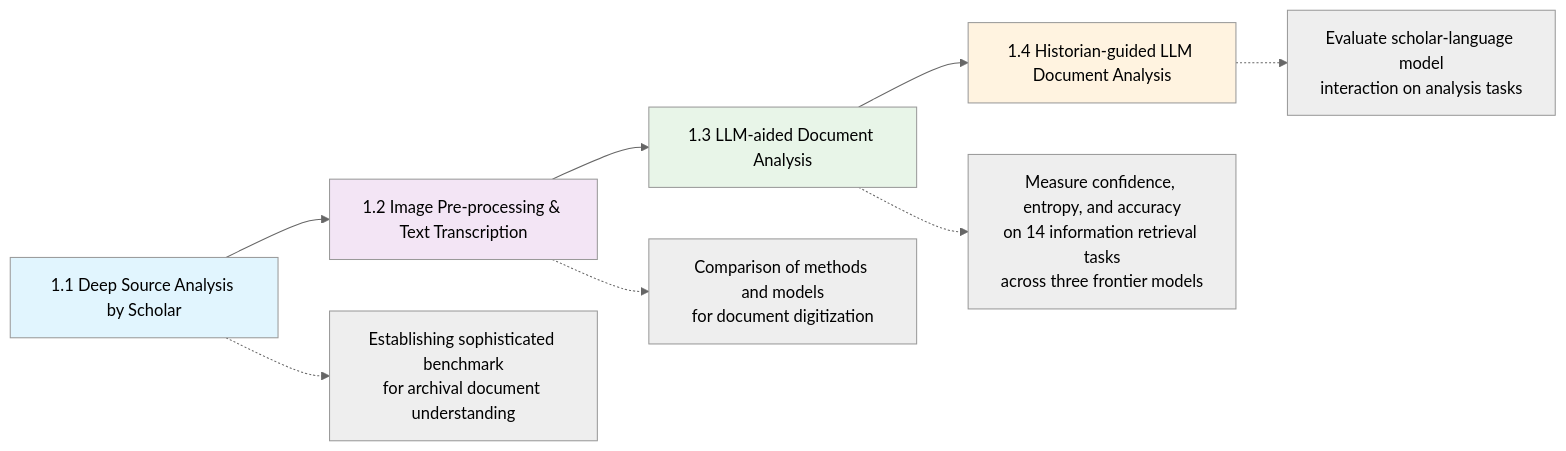
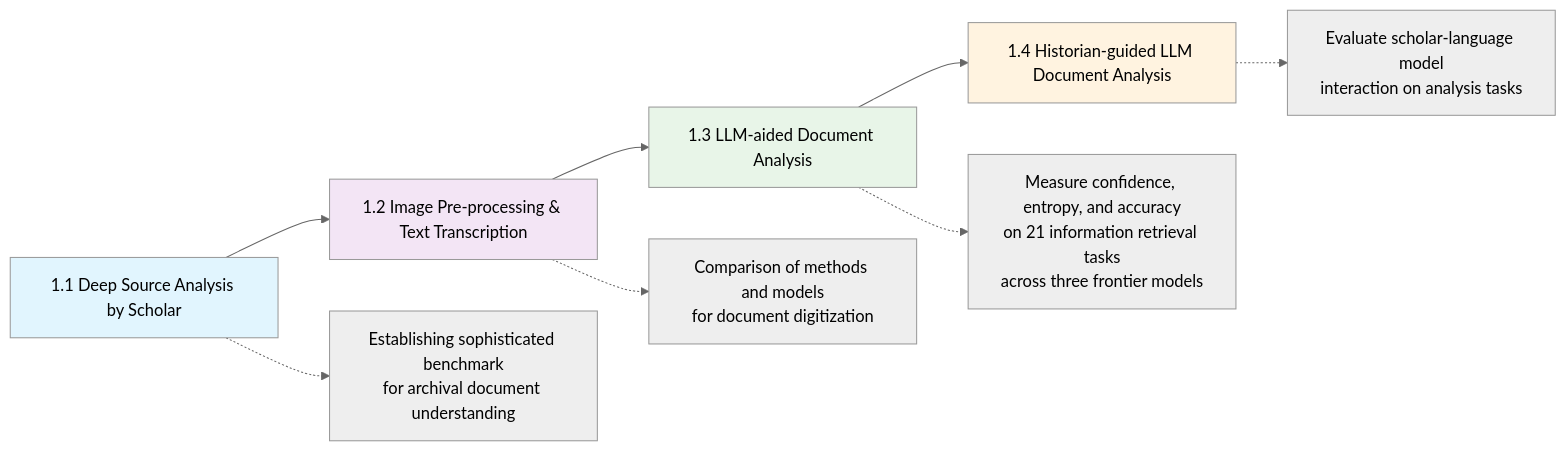
Before and after one commit to sets-architecture/sets-architecture.github.io: the diagram in index.md, drawn with Mermaid (neutral theme).

Commit message:
f14 to 21

```diff
--- a/index.md
+++ b/index.md
@@ -44,24 +44,24 @@
     <div class="mermaid">
     flowchart LR
       A[1.1 Deep Source Analysis by Scholar] --> B[1.2 Image Pre-processing & Text Transcription]
       B --> C[1.3 LLM-aided Document Analysis]
       C --> D[1.4 Historian-guided LLM Document Analysis]
    
 
       A1[Establishing sophisticated benchmark<br/>for archival document understanding]
       B1[Comparison of methods and models<br/>for document digitization]
-      C1[Measure confidence, entropy, and accuracy<br/>on 14 information retrieval tasks<br/>across three frontier models]
+      C1[Measure confidence, entropy, and accuracy<br/>on 21 information retrieval tasks<br/>across three frontier models]
       D1[Evaluate scholar-language model<br/>interaction on analysis tasks]
      
 
       A -.-> A1
       B -.-> B1
       C -.-> C1
       D -.-> D1
 
       style A fill:#e1f5fe
       style B fill:#f3e5f5
       style C fill:#e8f5e8
       style D fill:#fff3e0
   
     </div>
```
